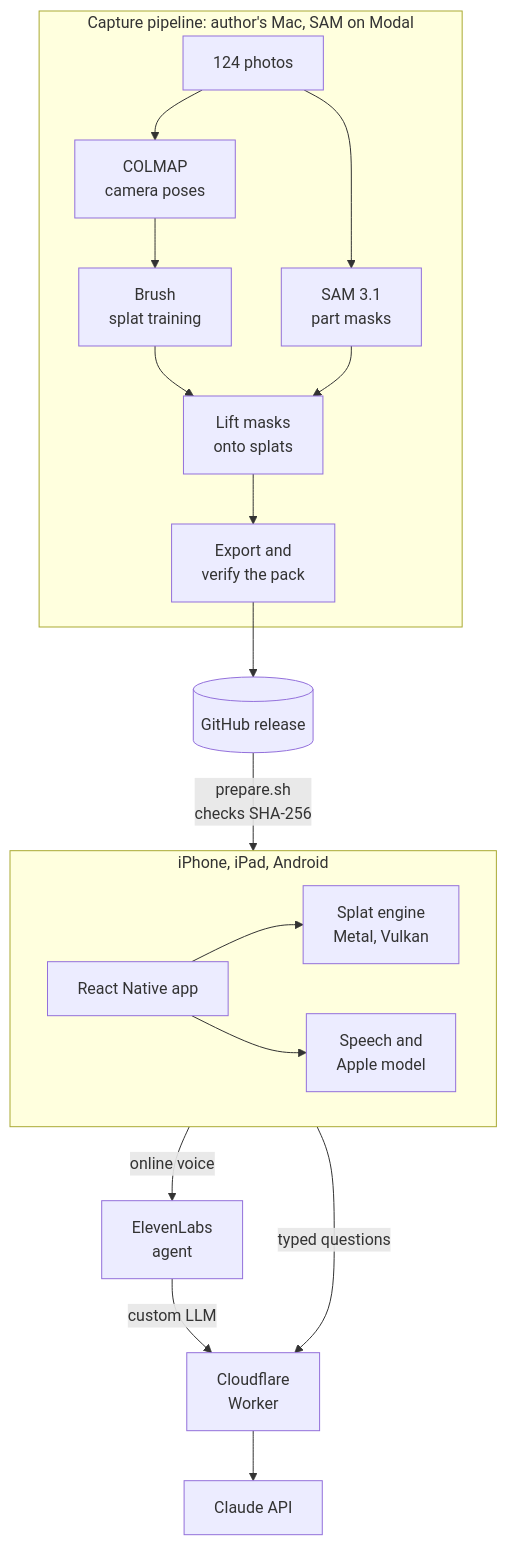
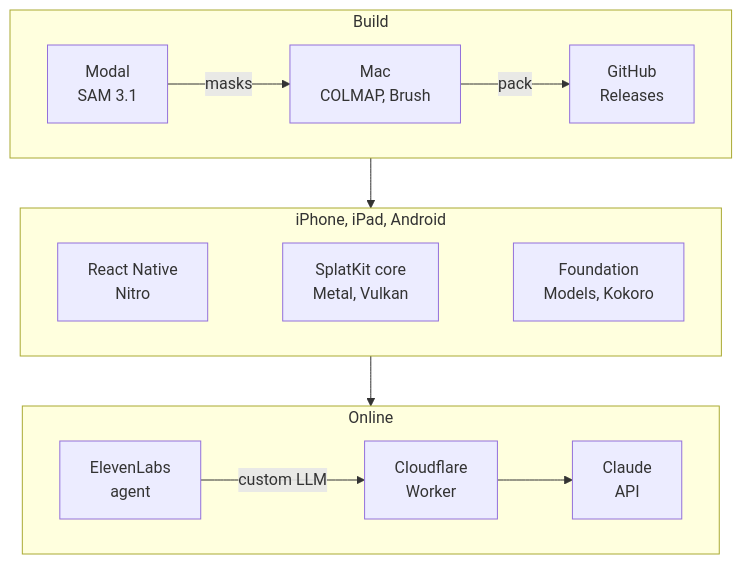
Before and after one commit to Xget7/splat-field-guide: the first of 4 diagrams in README.md, drawn with Mermaid. The commit also changed other lines of this file, not shown here.

Commit message:
Shrink the README diagrams and show the architecture as named systems

````diff
--- a/README.md
+++ b/README.md
@@ -12,21 +12,19 @@
 ```mermaid
 flowchart TB
-  subgraph Mac["Capture pipeline: author's Mac, SAM on Modal"]
-    photos["124 photos"] --> colmap["COLMAP<br/>camera poses"]
-    photos --> sam["SAM 3.1<br/>part masks"]
-    colmap --> brush["Brush<br/>splat training"]
-    brush --> lift["Lift masks<br/>onto splats"]
-    sam --> lift
-    lift --> export["Export and<br/>verify the pack"]
+  subgraph Build
+    direction LR
+    modal["Modal<br/>SAM 3.1"] -->|"masks"| mac["Mac<br/>COLMAP, Brush"]
+    mac -->|"pack"| github["GitHub<br/>Releases"]
   end
-  export --> release[("GitHub release")]
-  release -->|"prepare.sh<br/>checks SHA-256"| Device
   subgraph Device["iPhone, iPad, Android"]
-    app["React Native app"] --> splat["Splat engine<br/>Metal, Vulkan"]
-    app --> ondevice["Speech and<br/>Apple model"]
+    direction LR
+    app["React Native<br/>Nitro"] ~~~ splat["SplatKit core<br/>Metal, Vulkan"] ~~~ speech["Foundation<br/>Models, Kokoro"]
   end
-  Device -->|"typed questions"| worker["Cloudflare<br/>Worker"]
-  Device -->|"online voice"| agent["ElevenLabs<br/>agent"]
-  agent -->|"custom LLM"| worker
-  worker --> claude["Claude API"]
+  subgraph Online
+    direction LR
+    eleven["ElevenLabs<br/>agent"] -->|"custom LLM"| worker["Cloudflare<br/>Worker"]
+    worker --> claude["Claude<br/>API"]
+  end
+  Build --> Device
+  Device --> Online
 ```
````
